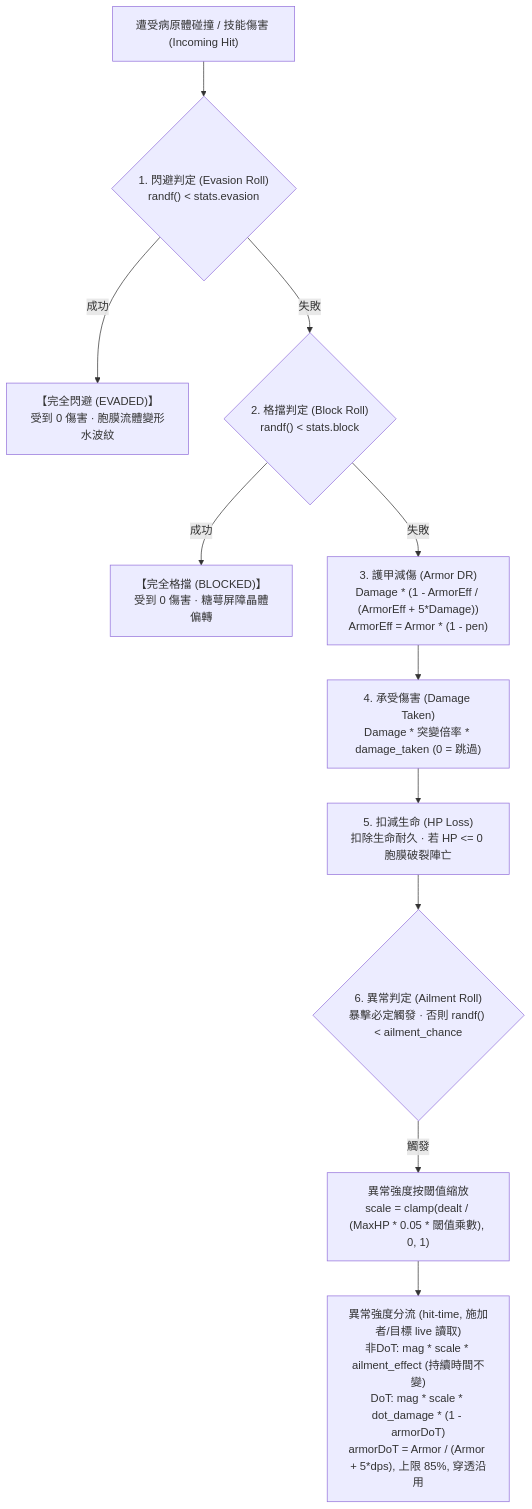
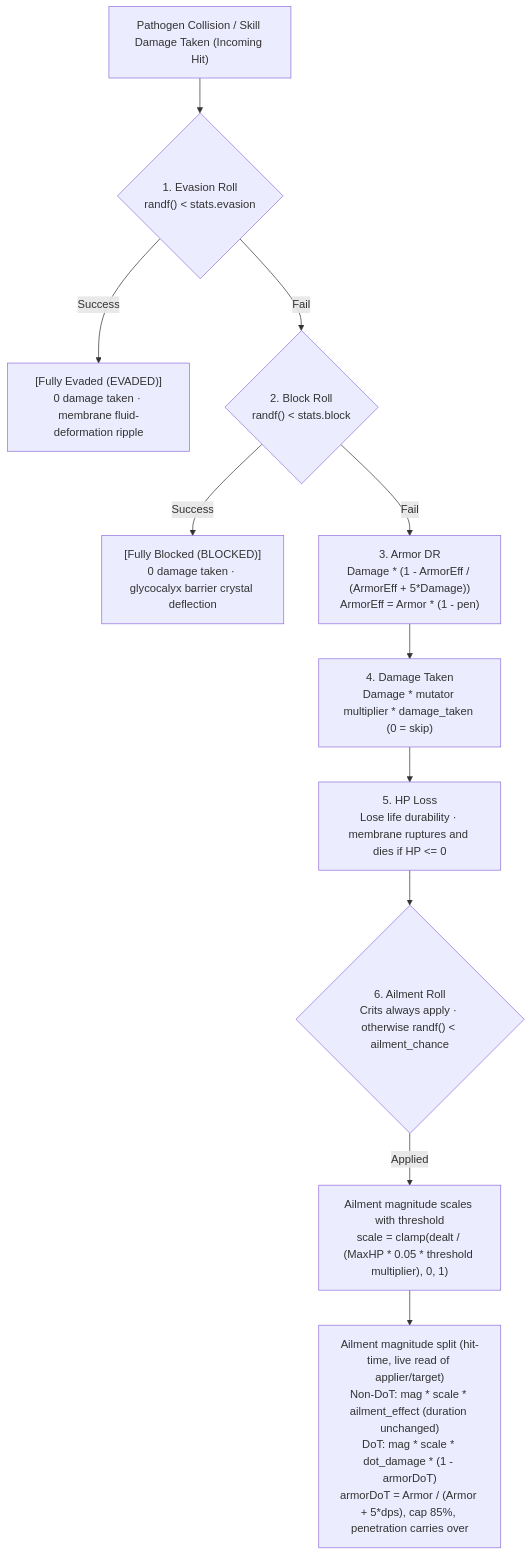
One commit to skyrocket-qy/Phagocyte changed the second of 2 diagrams in docs/stat.md. Above: the diagram before and after it, drawn with Mermaid. The commit also changed other lines of this file and 17 other files, not shown here.

````diff
--- a/docs/stat.md
+++ b/docs/stat.md
@@ -165,13 +165,13 @@
 ```mermaid
 flowchart TD
-    Hit["遭受病原體碰撞 / 技能傷害 (Incoming Hit)"] --> EvCheck{"1. 閃避判定 (Evasion Roll)<br>randf() < stats.evasion"}
-    EvCheck -- 成功 --> Evaded["【完全閃避 (EVADED)】<br>受到 0 傷害 · 胞膜流體變形水波紋"]
-    EvCheck -- 失敗 --> BlkCheck{"2. 格擋判定 (Block Roll)<br>randf() < stats.block"}
-    BlkCheck -- 成功 --> Blocked["【完全格擋 (BLOCKED)】<br>受到 0 傷害 · 糖萼屏障晶體偏轉"]
-    BlkCheck -- 失敗 --> ArmorDR["3. 護甲減傷 (Armor DR)<br>Damage * (1 - ArmorEff / (ArmorEff + 5*Damage))<br>ArmorEff = Armor * (1 - pen)"]
-    ArmorDR --> TakenMult["4. 承受傷害 (Damage Taken)<br>Damage * 突變倍率 * damage_taken (0 = 跳過)"]
-    TakenMult --> HPLoss["5. 扣減生命 (HP Loss)<br>扣除生命耐久 · 若 HP <= 0 胞膜破裂陣亡"]
-    HPLoss --> AilRoll{"6. 異常判定 (Ailment Roll)<br>暴擊必定觸發 · 否則 randf() < ailment_chance"}
-    AilRoll -- 觸發 --> AilScale["異常強度按閾值縮放<br>scale = clamp(dealt / (MaxHP * 0.05 * 閾值乘數), 0, 1)"]
-    AilScale --> AilMag["異常強度分流 (hit-time, 施加者/目標 live 讀取)<br>非DoT: mag * scale * ailment_effect (持續時間不變)<br>DoT: mag * scale * dot_damage * (1 - armorDoT)<br>armorDoT = Armor / (Armor + 5*dps), 上限 85%, 穿透沿用"]
+    Hit["Pathogen Collision / Skill Damage Taken (Incoming Hit)"] --> EvCheck{"1. Evasion Roll<br>randf() < stats.evasion"}
+    EvCheck -- Success --> Evaded["[Fully Evaded (EVADED)]<br>0 damage taken · membrane fluid-deformation ripple"]
+    EvCheck -- Fail --> BlkCheck{"2. Block Roll<br>randf() < stats.block"}
+    BlkCheck -- Success --> Blocked["[Fully Blocked (BLOCKED)]<br>0 damage taken · glycocalyx barrier crystal deflection"]
+    BlkCheck -- Fail --> ArmorDR["3. Armor DR<br>Damage * (1 - ArmorEff / (ArmorEff + 5*Damage))<br>ArmorEff = Armor * (1 - pen)"]
+    ArmorDR --> TakenMult["4. Damage Taken<br>Damage * mutator multiplier * damage_taken (0 = skip)"]
+    TakenMult --> HPLoss["5. HP Loss<br>Lose life durability · membrane ruptures and dies if HP <= 0"]
+    HPLoss --> AilRoll{"6. Ailment Roll<br>Crits always apply · otherwise randf() < ailment_chance"}
+    AilRoll -- Applied --> AilScale["Ailment magnitude scales with threshold<br>scale = clamp(dealt / (MaxHP * 0.05 * threshold multiplier), 0, 1)"]
+    AilScale --> AilMag["Ailment magnitude split (hit-time, live read of applier/target)<br>Non-DoT: mag * scale * ailment_effect (duration unchanged)<br>DoT: mag * scale * dot_damage * (1 - armorDoT)<br>armorDoT = Armor / (Armor + 5*dps), cap 85%, penetration carries over"]
 ```
````
